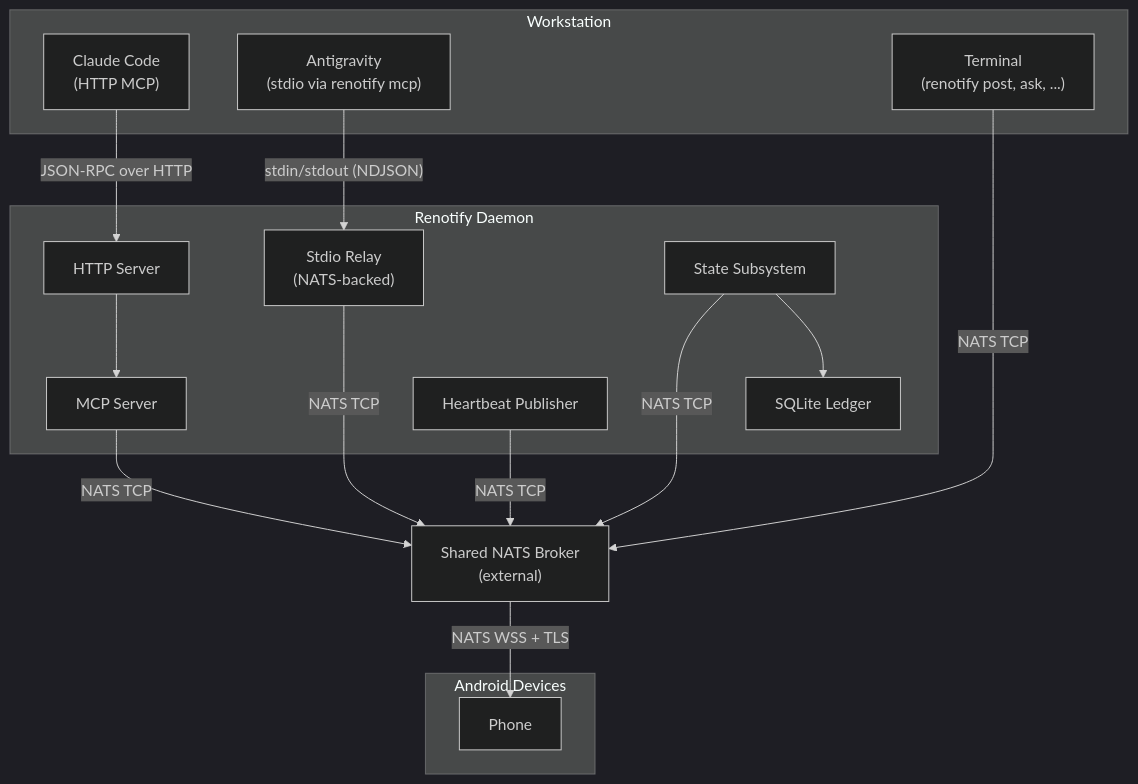
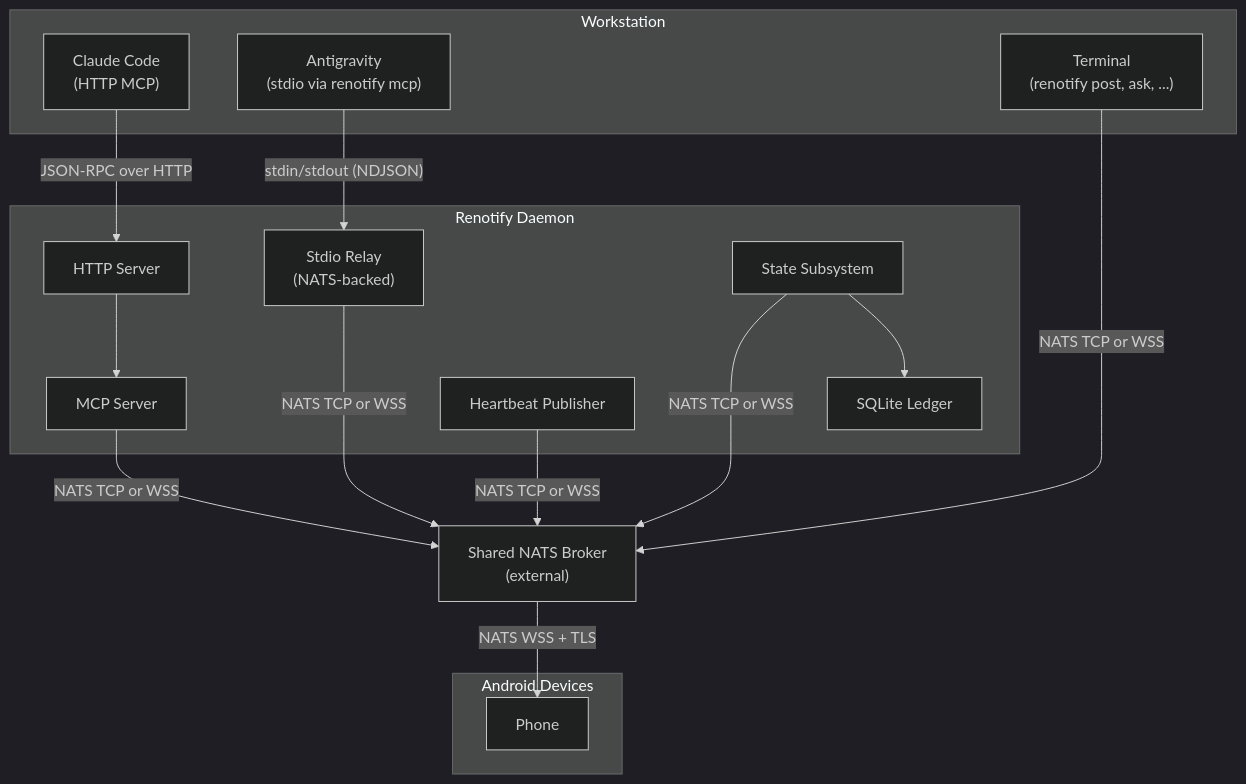
One commit to resystems-io/renotify changed the second of 5 diagrams in docs/renotify-architecture.md. Above: the diagram before and after it, drawn with Mermaid (dark theme). The commit also changed other lines of this file and 2 other files, not shown here.

First line of the commit message:
docs: clarify shared broker transport options (TCP, TLS, WSS)

````diff
--- a/docs/renotify-architecture.md
+++ b/docs/renotify-architecture.md
@@ -144,34 +146,34 @@
 ```mermaid
 graph TB
     subgraph Workstation
         CC["Claude Code<br/>(HTTP MCP)"]
         AG["Antigravity<br/>(stdio via renotify mcp)"]
         Term["Terminal<br/>(renotify post, ask, ...)"]
     end
 
     subgraph DaemonProcess["Renotify Daemon"]
         HTTP["HTTP Server"]
         MCP["MCP Server"]
         Stdio["Stdio Relay<br/>(NATS-backed)"]
         State["State Subsystem"]
         Ledger["SQLite Ledger"]
         HB["Heartbeat Publisher"]
     end
 
     SharedBroker["Shared NATS Broker<br/>(external)"]
 
     subgraph Mobile["Android Devices"]
         Phone["Phone"]
     end
 
     CC -->|"JSON-RPC over HTTP"| HTTP
     HTTP --> MCP
     AG -->|"stdin/stdout (NDJSON)"| Stdio
-    Stdio -->|"NATS TCP"| SharedBroker
-    Term -->|"NATS TCP"| SharedBroker
-    MCP -->|"NATS TCP"| SharedBroker
-    State -->|"NATS TCP"| SharedBroker
-    HB -->|"NATS TCP"| SharedBroker
+    Stdio -->|"NATS TCP or WSS"| SharedBroker
+    Term -->|"NATS TCP or WSS"| SharedBroker
+    MCP -->|"NATS TCP or WSS"| SharedBroker
+    State -->|"NATS TCP or WSS"| SharedBroker
+    HB -->|"NATS TCP or WSS"| SharedBroker
     State --> Ledger
     SharedBroker -->|"NATS WSS + TLS"| Phone
 ```
````
